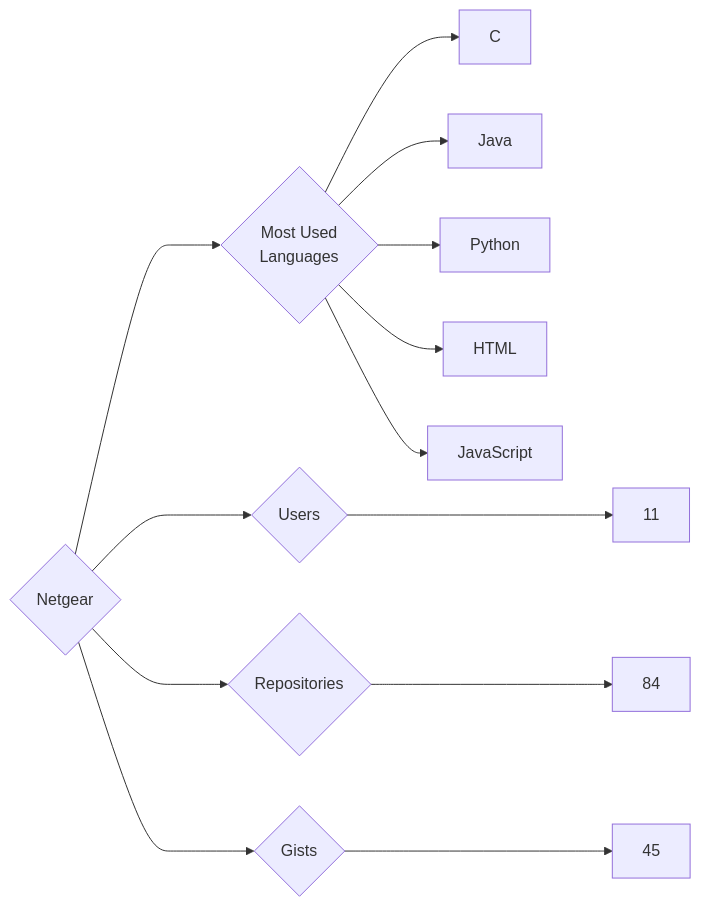
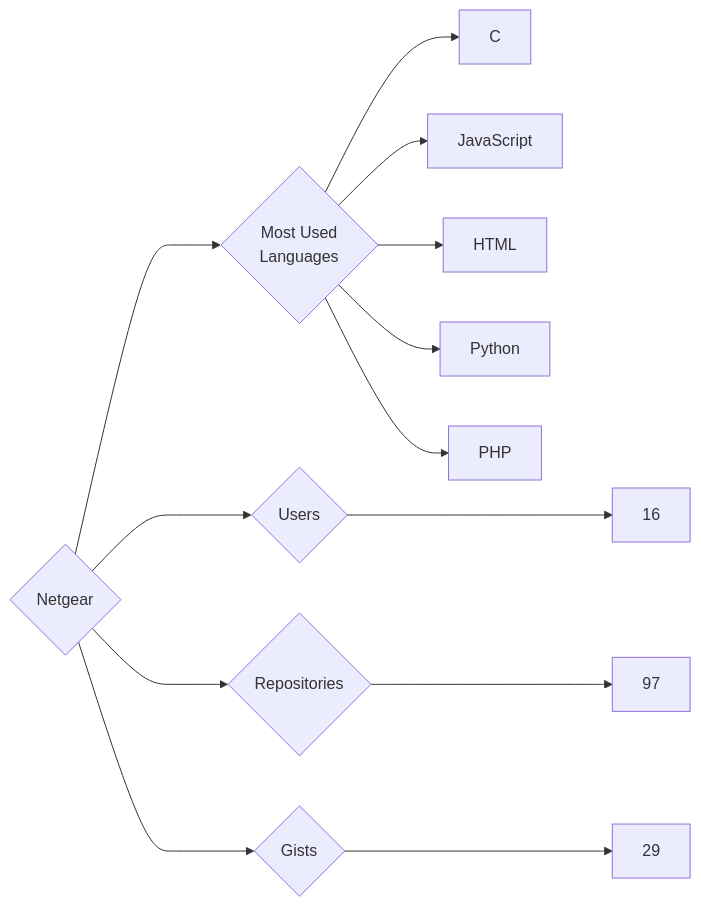
The diagram in targets/Netgear/README.md (trickest/insiders), drawn with Mermaid before and after one commit. The commit also changed 829 other files, not shown here.

````diff
--- a/targets/Netgear/README.md
+++ b/targets/Netgear/README.md
@@ -3,13 +3,13 @@
 ```mermaid
 graph LR
 COMPANY_NAME{Netgear}
-COMPANY_NAME ---> U{Users} ---> UN[11]
-COMPANY_NAME ---> R{Repositories} ---> RN[84]
-COMPANY_NAME ---> G{Gists} ---> GN[45]
+COMPANY_NAME ---> U{Users} ---> UN[16]
+COMPANY_NAME ---> R{Repositories} ---> RN[97]
+COMPANY_NAME ---> G{Gists} ---> GN[29]
 COMPANY_NAME ---> ML{Most Used<br>Languages}
 ML --> C[C]
-ML --> Java[Java]
+ML --> JavaScript[JavaScript]
+ML --> HTML[HTML]
 ML --> Python[Python]
-ML --> HTML[HTML]
-ML --> JavaScript[JavaScript]
+ML --> PHP[PHP]
 ```
````
